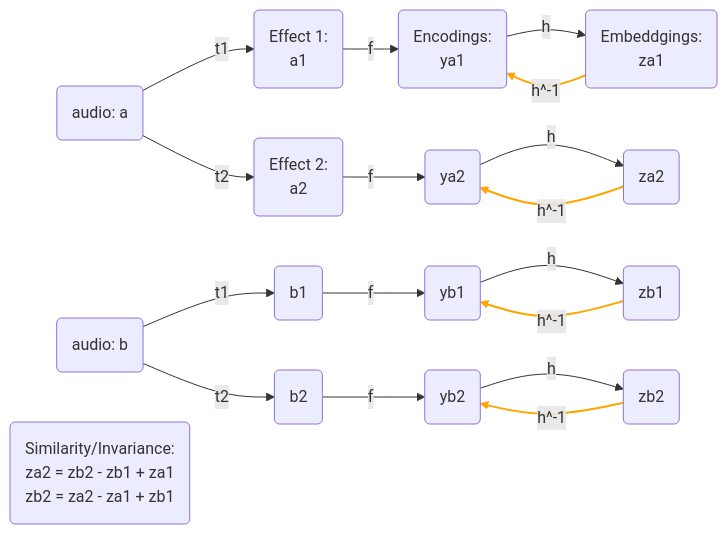
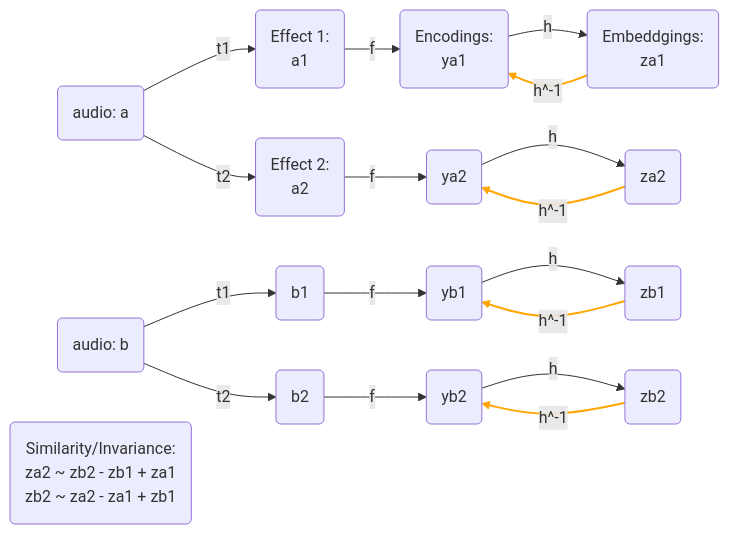
The diagram in effects_flowchart.mmd (drscotthawley/audio-algebra), drawn with Mermaid before and after one commit.

Commit message:
just added some comments to effects flowchart

```diff
--- a/effects_flowchart.mmd
+++ b/effects_flowchart.mmd
@@ -1,28 +1,29 @@
 flowchart LR
+%% top diagram
 A(audio: a) -->|t1| B(Effect 1:\n a1)
 A -->|t2| C(Effect 2:\na2)
 B --> |f|G(Encodings:\nya1)
 C --> |f|H(ya2)
 G --> |h|I(Embeddgings:\nza1)
 H --> |h|J(za2)
 
-
+%% lower diagram
 D(audio: b) -->|t1| E(b1)
 D -->|t2| F(b2)
 E --> |f|K(yb1)
 F --> |f|L(yb2)
 K --> |h|M(zb1)
 L --> |h|N(zb2)
 
-
+%% add h inverses
 I --> |h^-1|G
 J --> |h^-1|H
 M --> |h^-1|K
 N --> |h^-1|L
 linkStyle 12 stroke-width:2px,fill:none,stroke:orange;
 linkStyle 13 stroke-width:2px,fill:none,stroke:orange;
 linkStyle 14 stroke-width:2px,fill:none,stroke:orange;
 linkStyle 15 stroke-width:2px,fill:none,stroke:orange;
 
-
-Y(Similarity/Invariance:\nza2 = zb2 - zb1 + za1\nzb2 = za2 - za1 + zb1)
+%% "text box"
+Y("Similarity/Invariance:\nza2 ~ zb2 - zb1 + za1\nzb2 ~ za2 - za1 + zb1")
```
